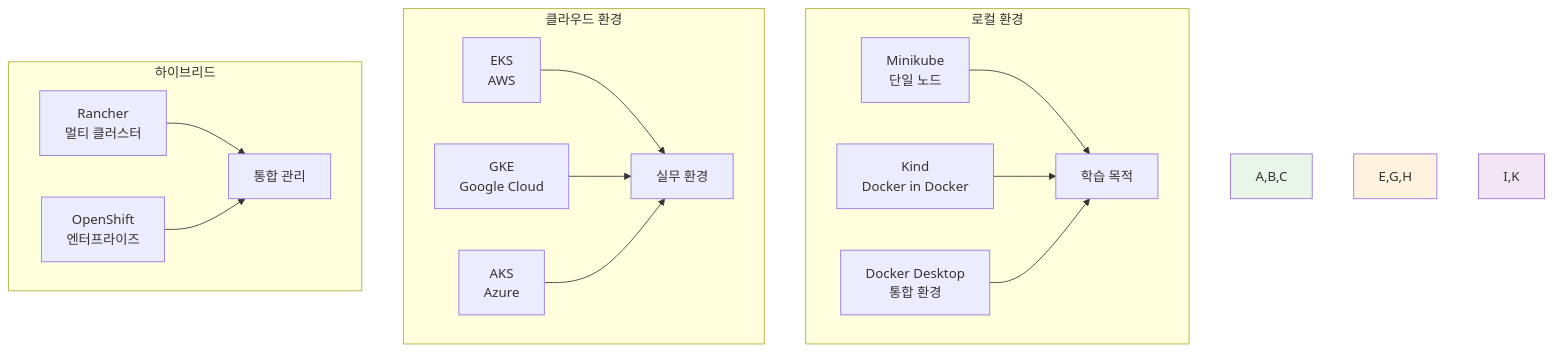
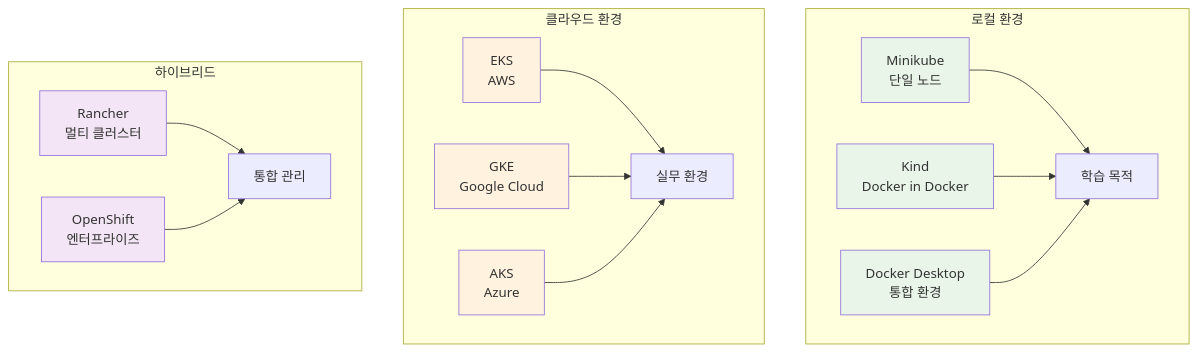
Before and after one commit to niceguy61/kdt_devops_lecture_2025: diagram 11 of 14 in theory/week_02/day4/README_corrected.md, drawn with Mermaid. The commit also changed other lines of this file and 63 other files, not shown here.

````diff
--- a/theory/week_02/day4/README_corrected.md
+++ b/theory/week_02/day4/README_corrected.md
@@ -434,23 +467,28 @@
 ```mermaid
 graph TB
     subgraph "로컬 환경"
         A[Minikube<br/>단일 노드] --> D[학습 목적]
         B[Kind<br/>Docker in Docker] --> D
         C[Docker Desktop<br/>통합 환경] --> D
     end
     
     subgraph "클라우드 환경"
         E[EKS<br/>AWS] --> F[실무 환경]
         G[GKE<br/>Google Cloud] --> F
         H[AKS<br/>Azure] --> F
     end
     
     subgraph "하이브리드"
         I[Rancher<br/>멀티 클러스터] --> J[통합 관리]
         K[OpenShift<br/>엔터프라이즈] --> J
     end
     
-    style A,B,C fill:#e8f5e8
-    style E,G,H fill:#fff3e0
-    style I,K fill:#f3e5f5
+    style A fill:#e8f5e8
+    style B fill:#e8f5e8
+    style C fill:#e8f5e8
+    style E fill:#fff3e0
+    style G fill:#fff3e0
+    style H fill:#fff3e0
+    style I fill:#f3e5f5
+    style K fill:#f3e5f5
 ```
````
